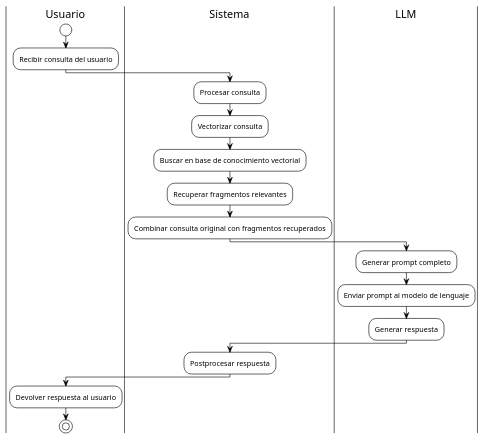
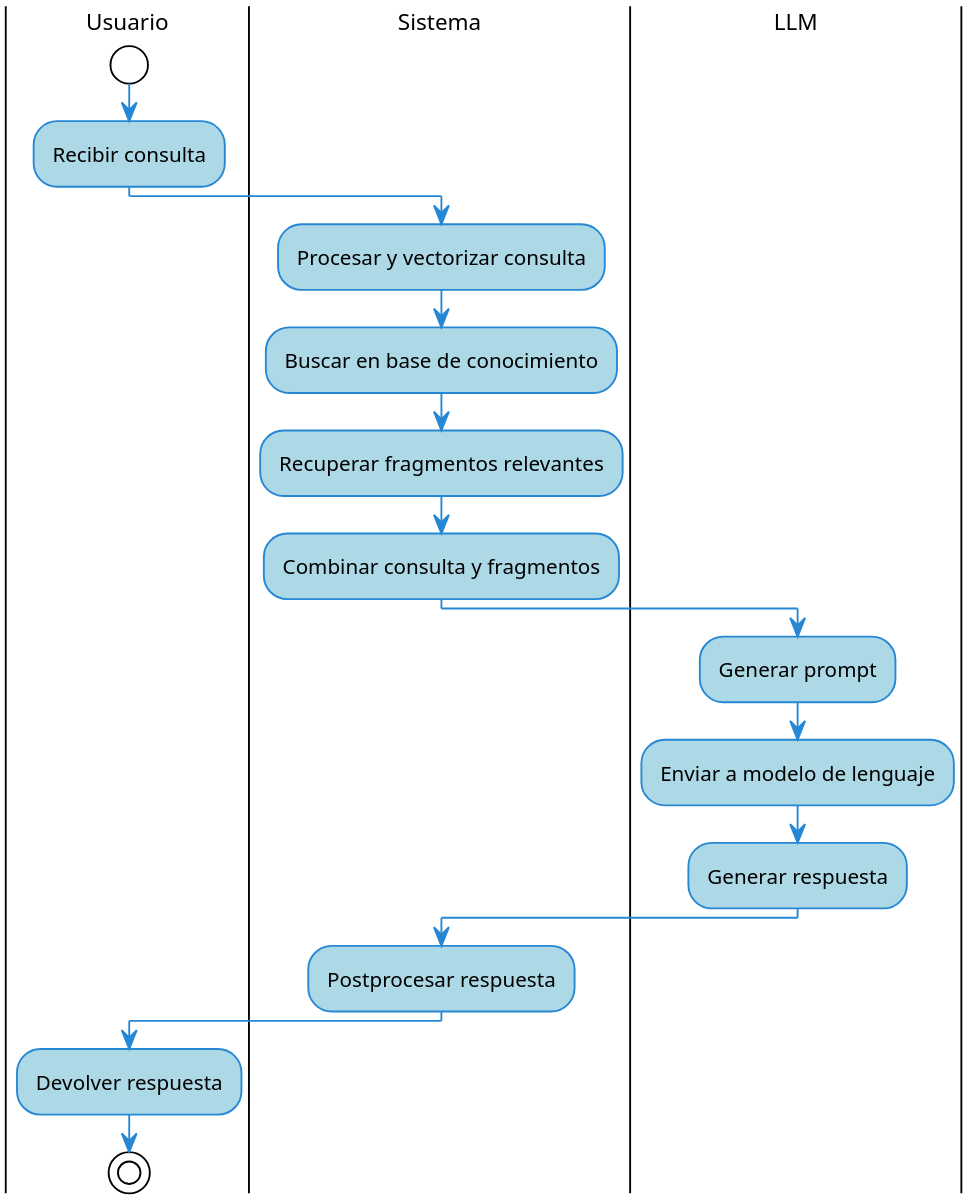
Before and after one commit to carloss4dv/langagent: the diagram in diagrams/generacion_rag.puml, drawn with PlantUML. The commit also changed 44 other files, not shown here.

```diff
--- a/diagrams/generacion_rag.puml
+++ b/diagrams/generacion_rag.puml
@@ -1,29 +1,51 @@
-@startuml
+@startuml "Flujo de Generacion en RAG"
+' Mejora la legibilidad y la calidad de la imagen para documentos.
 !theme plain
+skinparam {
+    dpi 300
+    shadowing false
+    backgroundColor transparent
+    defaultFontName "Arial"
+    defaultFontSize 12
+    
+    activity {
+        borderColor #2688d4
+        backgroundColor #add8e6
+        fontName "Arial"
+        fontSize 11
+    }
+
+    arrow {
+        color #2688d4
+    }
+
+    partition {
+        borderColor #2688d4
+        backgroundColor #f0f8ff
+    }
+}
 
 |Usuario|
 start
-
-:Recibir consulta del usuario;
+:Recibir consulta;
 
 |Sistema|
-:Procesar consulta;
-:Vectorizar consulta;
-:Buscar en base de conocimiento vectorial;
+:Procesar y vectorizar consulta;
+:Buscar en base de conocimiento;
 :Recuperar fragmentos relevantes;
-:Combinar consulta original con fragmentos recuperados;
+:Combinar consulta y fragmentos;
 
 |LLM|
-:Generar prompt completo;
-:Enviar prompt al modelo de lenguaje;
+:Generar prompt;
+:Enviar a modelo de lenguaje;
 :Generar respuesta;
 
 |Sistema|
 :Postprocesar respuesta;
 
 |Usuario|
-:Devolver respuesta al usuario;
+:Devolver respuesta;
 
 stop
 
-@enduml 
+@enduml
```
